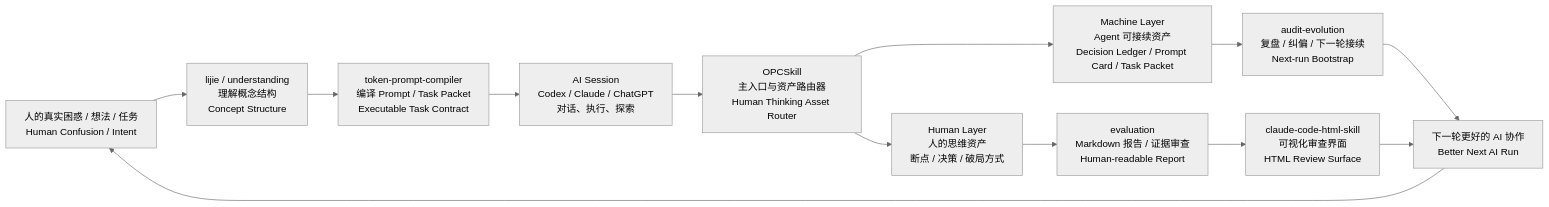
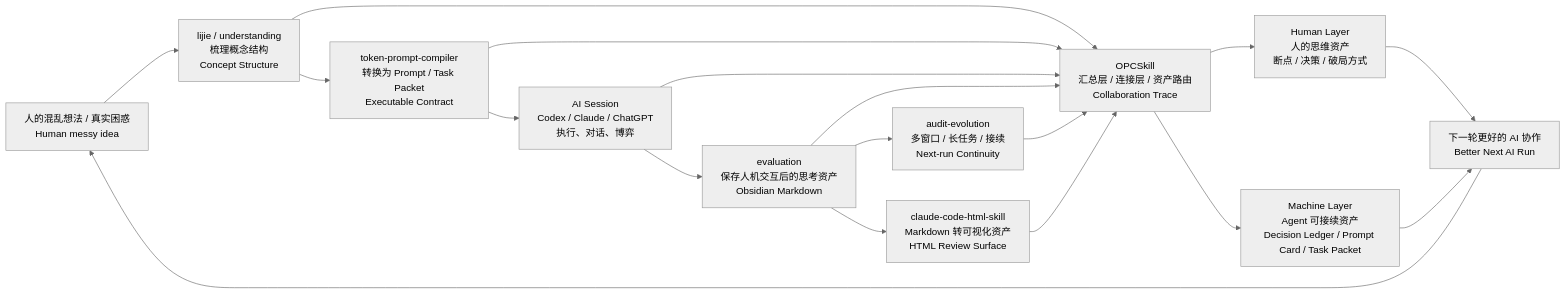
Before and after one commit to aDragon0707/opcskill: the second of 4 diagrams in README.md, drawn with Mermaid (neutral theme). The commit also changed other lines of this file and 5 other files, not shown here.

````diff
--- a/README.md
+++ b/README.md
@@ -44,25 +46,28 @@
 ```mermaid
 flowchart LR
-  A["人的真实困惑 / 想法 / 任务<br/>Human Confusion / Intent"] --> B["lijie / understanding<br/>理解概念结构<br/>Concept Structure"]
+  A["人的混乱想法 / 真实困惑<br/>Human messy idea"] --> B["lijie / understanding<br/>梳理概念结构<br/>Concept Structure"]
 
-  B --> C["token-prompt-compiler<br/>编译 Prompt / Task Packet<br/>Executable Task Contract"]
+  B --> C["token-prompt-compiler<br/>转换为 Prompt / Task Packet<br/>Executable Contract"]
 
-  C --> D["AI Session<br/>Codex / Claude / ChatGPT<br/>对话、执行、探索"]
+  C --> D["AI Session<br/>Codex / Claude / ChatGPT<br/>执行、对话、博弈"]
 
-  D --> E["OPCSkill<br/>主入口与资产路由器<br/>Human Thinking Asset Router"]
+  D --> E["evaluation<br/>保存人机交互后的思考资产<br/>Obsidian Markdown"]
 
-  E --> F["Human Layer<br/>人的思维资产<br/>断点 / 决策 / 破局方式"]
+  E --> F["audit-evolution<br/>多窗口 / 长任务 / 接续<br/>Next-run Continuity"]
 
-  E --> G["Machine Layer<br/>Agent 可接续资产<br/>Decision Ledger / Prompt Card / Task Packet"]
+  E --> G["claude-code-html-skill<br/>Markdown 转可视化资产<br/>HTML Review Surface"]
 
-  F --> H["evaluation<br/>Markdown 报告 / 证据审查<br/>Human-readable Report"]
+  B --> H["OPCSkill<br/>汇总层 / 连接层 / 资产路由<br/>Collaboration Trace"]
+  C --> H
+  D --> H
+  E --> H
+  F --> H
+  G --> H
 
-  G --> I["audit-evolution<br/>复盘 / 纠偏 / 下一轮接续<br/>Next-run Bootstrap"]
-
-  H --> J["claude-code-html-skill<br/>可视化审查界面<br/>HTML Review Surface"]
+  H --> I["Human Layer<br/>人的思维资产<br/>断点 / 决策 / 破局方式"]
+  H --> J["Machine Layer<br/>Agent 可接续资产<br/>Decision Ledger / Prompt Card / Task Packet"]
 
   I --> K["下一轮更好的 AI 协作<br/>Better Next AI Run"]
   J --> K
-
   K --> A
 ```
````
